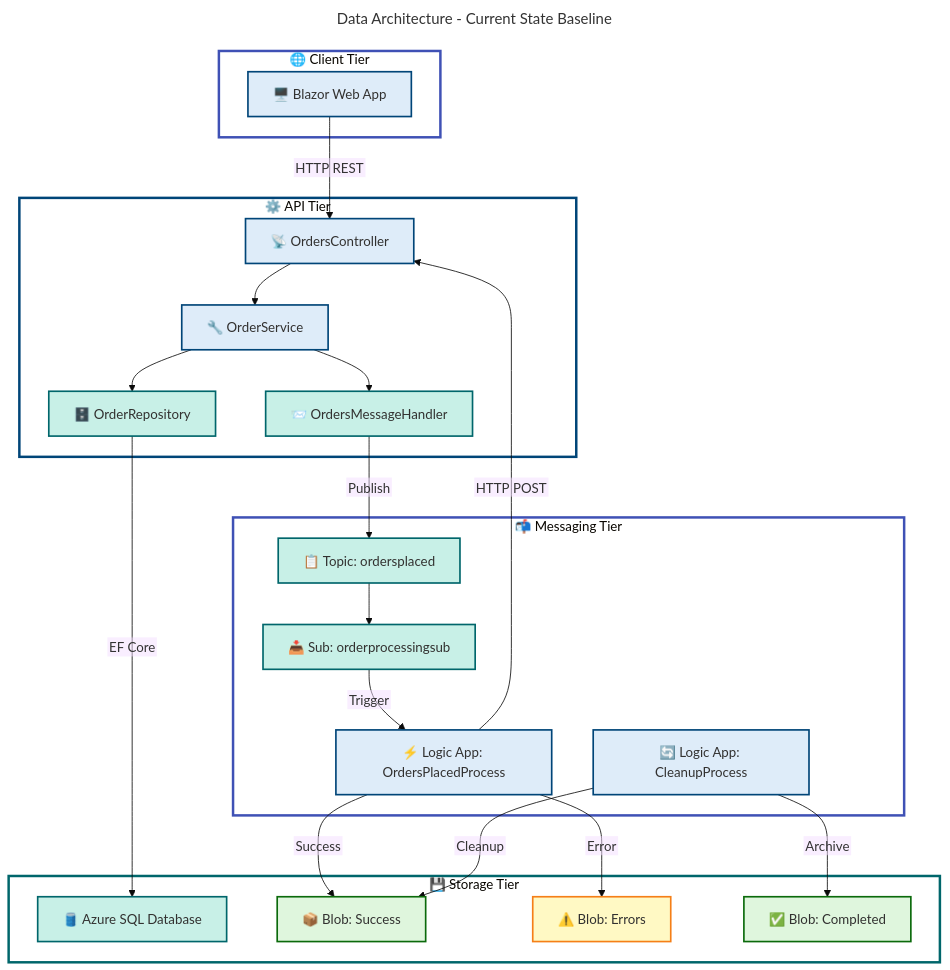
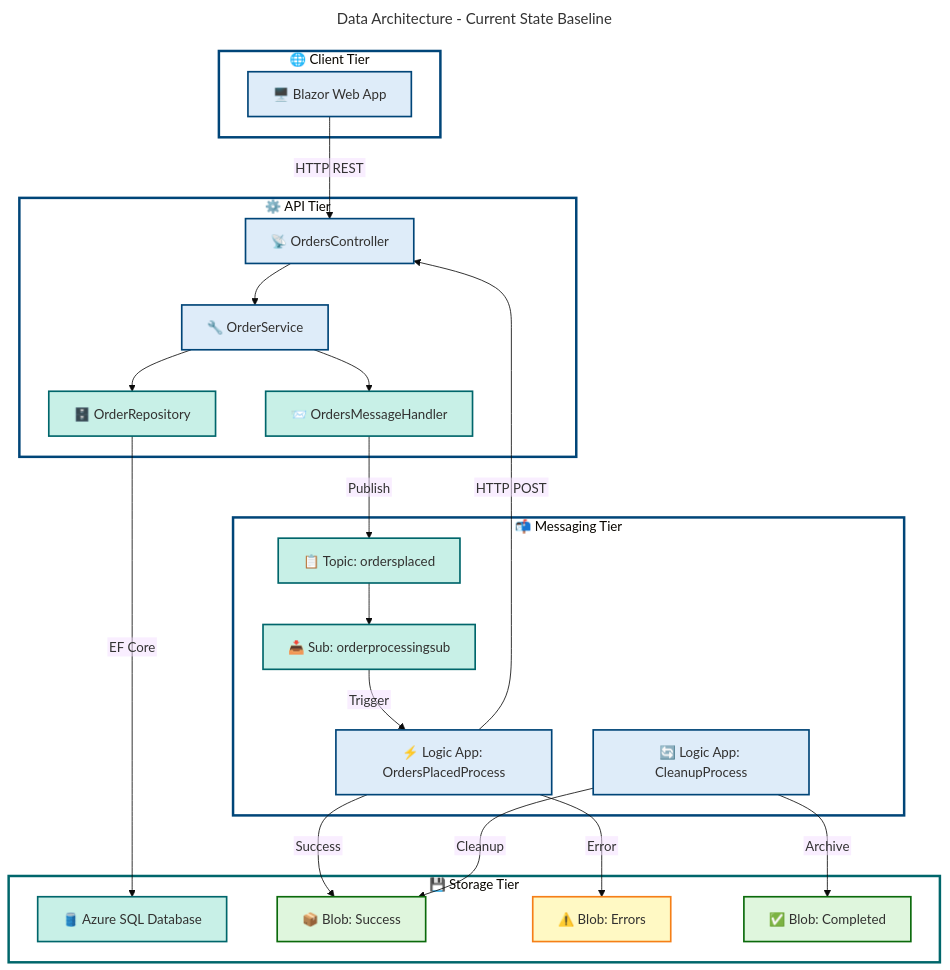
Before and after one commit to Evilazaro/Azure-LogicApps-Monitoring: the second of 4 diagrams in docs/architecture/Data-Layer-Architecture.md, drawn with Mermaid. The commit also changed other lines of this file and 3 other files, not shown here.

Commit message:
docs: update neutral grey color definitions in architecture diagrams for improved consistency

````diff
--- a/docs/architecture/Data-Layer-Architecture.md
+++ b/docs/architecture/Data-Layer-Architecture.md
@@ -325,76 +325,76 @@
 ```mermaid
 ---
 title: Data Architecture - Current State Baseline
 config:
   theme: base
   themeVariables:
     fontSize: '16px'
   flowchart:
     htmlLabels: false
 ---
 flowchart TB
     accTitle: Data Architecture Current State Baseline
     accDescr: Shows the current data architecture with storage, messaging, and processing tiers
 
     %% ═══════════════════════════════════════════════════════════════════════════
     %% AZURE / FLUENT ARCHITECTURE PATTERN v1.1
     %% (Semantic + Structural + Font + Accessibility Governance)
     %% ═══════════════════════════════════════════════════════════════════════════
     %% PHASE 1 - STRUCTURAL: TB direction, 4 subgraphs, max 3 nesting
     %% PHASE 2 - SEMANTIC: 4 colors (azureBlue, presenceTeal, warningOrange, successGreen)
     %% PHASE 3 - FONT: Dark text #323130 on light backgrounds (WCAG AA)
     %% PHASE 4 - ACCESSIBILITY: accTitle/accDescr present, icons on all nodes
     %% PHASE 5 - STANDARD: v1.1 format, style directives for subgraphs
     %% ═══════════════════════════════════════════════════════════════════════════
 
     subgraph clients["🌐 Client Tier"]
         WEBAPP["🖥️ Blazor Web App"]:::azureBlue
     end
 
     subgraph api["⚙️ API Tier"]
         CTRL["📡 OrdersController"]:::azureBlue
         SVC["🔧 OrderService"]:::azureBlue
         REPO["🗄️ OrderRepository"]:::presenceTeal
         MSGHDLR["📨 OrdersMessageHandler"]:::presenceTeal
     end
 
     subgraph storage["💾 Storage Tier"]
         SQLDB["🛢️ Azure SQL Database"]:::presenceTeal
         BLOB_OK["📦 Blob: Success"]:::successGreen
         BLOB_ERR["⚠️ Blob: Errors"]:::warningOrange
         BLOB_DONE["✅ Blob: Completed"]:::successGreen
     end
 
     subgraph messaging["📬 Messaging Tier"]
         TOPIC["📋 Topic: ordersplaced"]:::presenceTeal
         SUB["📥 Sub: orderprocessingsub"]:::presenceTeal
         LA_PROC["⚡ Logic App: OrdersPlacedProcess"]:::azureBlue
         LA_CLEAN["🔄 Logic App: CleanupProcess"]:::azureBlue
     end
 
     WEBAPP -->|"HTTP REST"| CTRL
     CTRL --> SVC
     SVC --> REPO
     SVC --> MSGHDLR
     REPO -->|"EF Core"| SQLDB
     MSGHDLR -->|"Publish"| TOPIC
     TOPIC --> SUB
     SUB -->|"Trigger"| LA_PROC
     LA_PROC -->|"HTTP POST"| CTRL
     LA_PROC -->|"Success"| BLOB_OK
     LA_PROC -->|"Error"| BLOB_ERR
     LA_CLEAN -->|"Cleanup"| BLOB_OK
     LA_CLEAN -->|"Archive"| BLOB_DONE
 
     %% Centralized classDefs
     classDef azureBlue fill:#DEECF9,stroke:#004578,stroke-width:2px,color:#323130
     classDef presenceTeal fill:#C8F0E7,stroke:#00666B,stroke-width:2px,color:#323130
     classDef warningOrange fill:#FFF9C4,stroke:#F57F17,stroke-width:2px,color:#323130
     classDef successGreen fill:#DFF6DD,stroke:#0B6A0B,stroke-width:2px,color:#323130
 
     %% Centralized style directives for subgraphs
-    style clients fill:#FFFFFF,stroke:#3F51B5,stroke-width:3px
+    style clients fill:#FFFFFF,stroke:#004578,stroke-width:3px
     style api fill:#FFFFFF,stroke:#004578,stroke-width:3px
     style storage fill:#FFFFFF,stroke:#00666B,stroke-width:3px
-    style messaging fill:#FFFFFF,stroke:#3F51B5,stroke-width:3px
+    style messaging fill:#FFFFFF,stroke:#004578,stroke-width:3px
 ```
````
